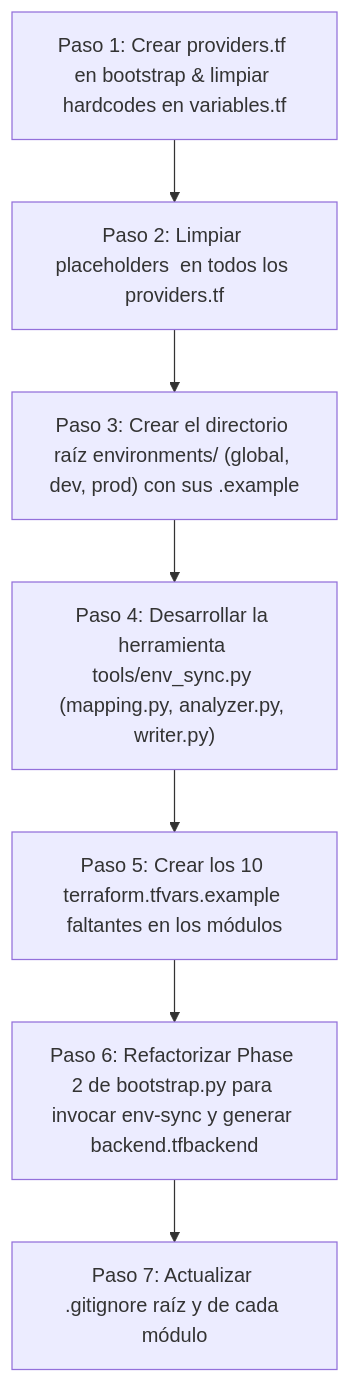
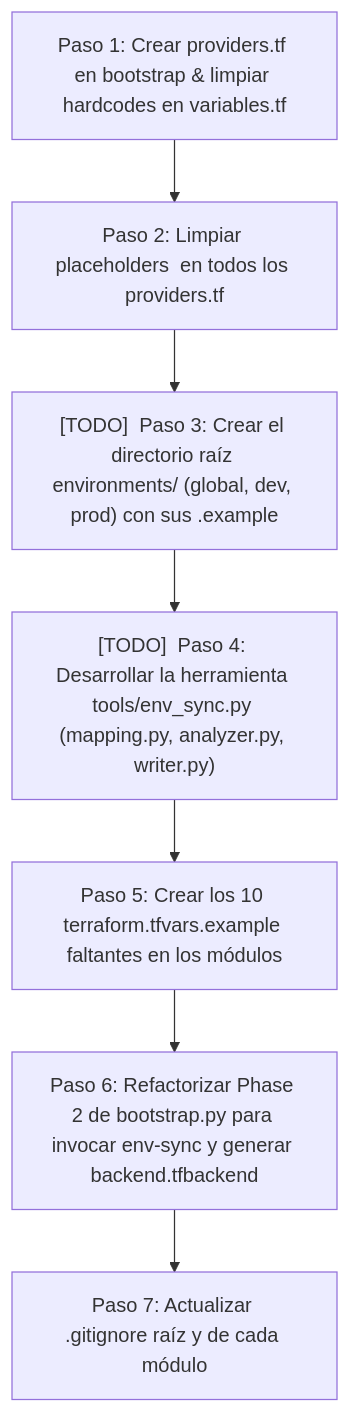
Before and after one commit to Beep1608/cleanmybelly: the diagram in llm-context/2026-08-12/master_refactor_plan.md, drawn with Mermaid. The commit also changed other lines of this file and 1 other file, not shown here.

````diff
--- a/llm-context/2026-08-12/master_refactor_plan.md
+++ b/llm-context/2026-08-12/master_refactor_plan.md
@@ -59,10 +59,10 @@
 ```mermaid
 graph TD
     P1["Paso 1: Crear providers.tf en bootstrap & limpiar hardcodes en variables.tf"] --> P2
     P2["Paso 2: Limpiar placeholders <TERRAFORM_STATE_BUCKET_NAME> en todos los providers.tf"] --> P3
-    P3["Paso 3: Crear el directorio raíz environments/ (global, dev, prod) con sus .example"] --> P4
-    P4["Paso 4: Desarrollar la herramienta tools/env_sync.py (mapping.py, analyzer.py, writer.py)"] --> P5
+    P3["[TODO]  Paso 3: Crear el directorio raíz environments/ (global, dev, prod) con sus .example"] --> P4
+    P4["[TODO]  Paso 4: Desarrollar la herramienta tools/env_sync.py (mapping.py, analyzer.py, writer.py)"] --> P5
     P5["Paso 5: Crear los 10 terraform.tfvars.example faltantes en los módulos"] --> P6
     P6["Paso 6: Refactorizar Phase 2 de bootstrap.py para invocar env-sync y generar backend.tfbackend"] --> P7
     P7["Paso 7: Actualizar .gitignore raíz y de cada módulo"]
 ```
````
